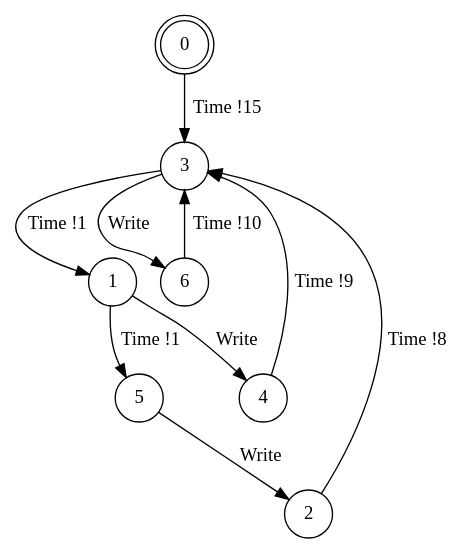
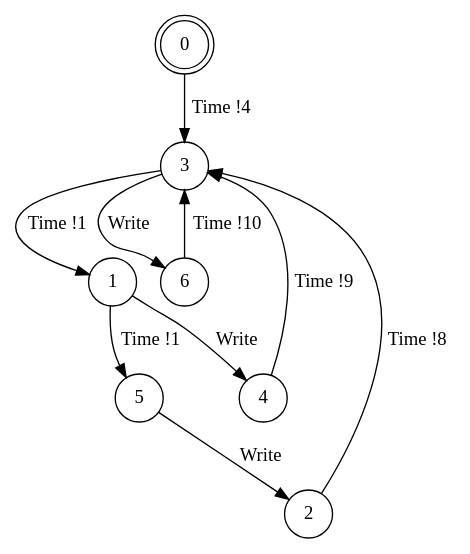
Before and after one commit to irmanfaqrizal/ptsv: the diagram in experiments/aebs/aebs-Actuator-min.dot, drawn with Graphviz. The commit also changed 142 other files, not shown here.

```diff
--- a/experiments/aebs/aebs-Actuator-min.dot
+++ b/experiments/aebs/aebs-Actuator-min.dot
@@ -1,15 +1,15 @@
 digraph BCG {
 size = "7, 10.5";
 center = TRUE;
 node [shape = circle];
 0 [peripheries = 2];
-0 -> 3 [label = "Time !15"];
+0 -> 3 [label = "Time !4"];
 1 -> 4 [label = "Write"];
 1 -> 5 [label = "Time !1"];
 2 -> 3 [label = "Time !8"];
 3 -> 6 [label = "Write"];
 3 -> 1 [label = "Time !1"];
 4 -> 3 [label = "Time !9"];
 5 -> 2 [label = "Write"];
 6 -> 3 [label = "Time !10"];
 }
```
